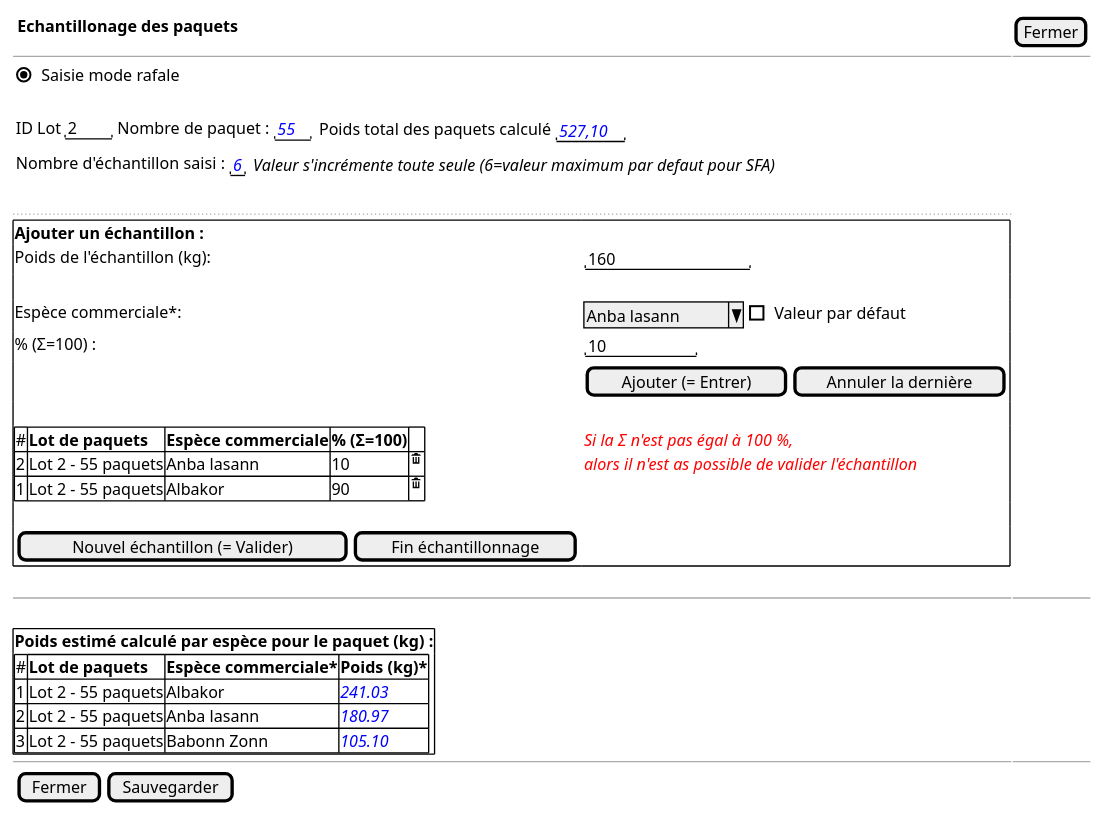
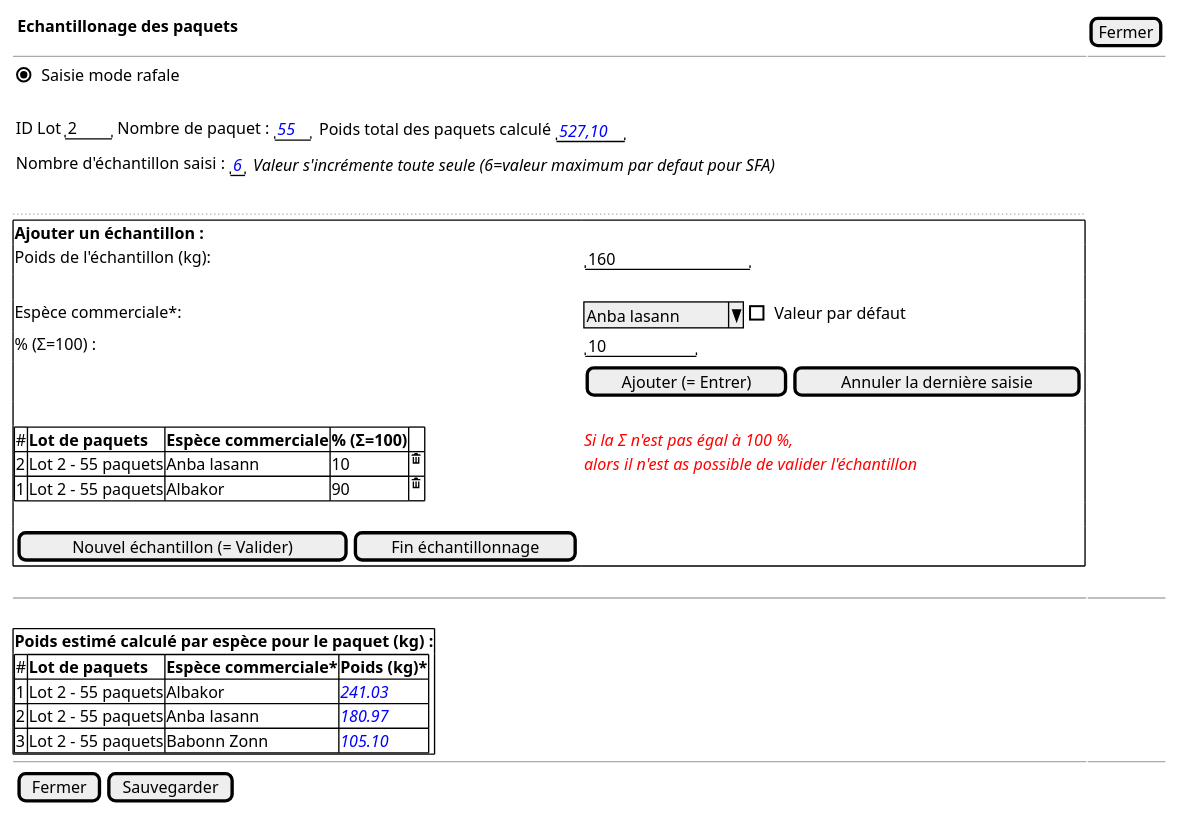
One commit to sumaris-net/sumaris-doc changed the diagram in use-case/collect/trip/landing-ui-composition-tablet.puml. Above: the diagram before and after it, drawn with PlantUML. The commit also changed 2 other files, not shown here.

```diff
--- a/use-case/collect/trip/landing-ui-composition-tablet.puml
+++ b/use-case/collect/trip/landing-ui-composition-tablet.puml
@@ -1,46 +1,46 @@
 @startsalt
 {
   <b> Echantillonage des paquets | [Fermer]
   -- | --
   {(X) Saisie mode rafale  }
   {
     .
     {ID Lot| " 2  " | Nombre de paquet : {"<color:blue><i>55 "} | {Poids total des paquets calculé { "<color:blue><i>527,10"}}}
     {Nombre d'échantillon saisi : {"<color:blue><i>6"} | {<i>Valeur s'incrémente toute seule (6=valeur maximum par defaut pour SFA)} }
   }
 .
 ..
   {+
   <b>Ajouter un échantillon :
   Poids de l'échantillon (kg):              | { "          160  "  }
   .
   Espèce commerciale*:       | { ^ Anba lasann ^ | [] Valeur par défaut }
   % (Σ=100) :               | { "    10    " }
-  . |  {[Ajouter (= Entrer)] | [Annuler la dernière]}
+  . |  {[Ajouter (= Entrer)] | [Annuler la dernière saisie]}
   .
       {#
         # | <b>Lot de paquets  | <b>Espèce commerciale  | <b>% (Σ=100) | .
         2 | Lot 2 - 55 paquets | Anba lasann            | 10           | <&trash>
         1 | Lot 2 - 55 paquets | Albakor                | 90           | <&trash>
       } | {<color:red><i>Si la Σ n'est pas égal à 100 %,
       <color:red><i>alors il n'est as possible de valider l'échantillon }
   .
   {[Nouvel échantillon (= Valider)] | [Fin échantillonnage ]}
   }
   .
   -- | --
   .
   {+
     <b>Poids estimé calculé par espèce pour le paquet (kg) :
     {#
         # | <b>Lot de paquets  | <b>Espèce commerciale*  | <b>Poids (kg)*
         1 | Lot 2 - 55 paquets | Albakor                 | <color:blue><i>241.03
         2 | Lot 2 - 55 paquets | Anba lasann             | <color:blue><i>180.97
         3 | Lot 2 - 55 paquets | Babonn Zonn             | <color:blue><i>105.10
     }
   }
 
   -- | --
   {{[Fermer ] | [Sauvegarder]}}
 }
 @endsalt
```
